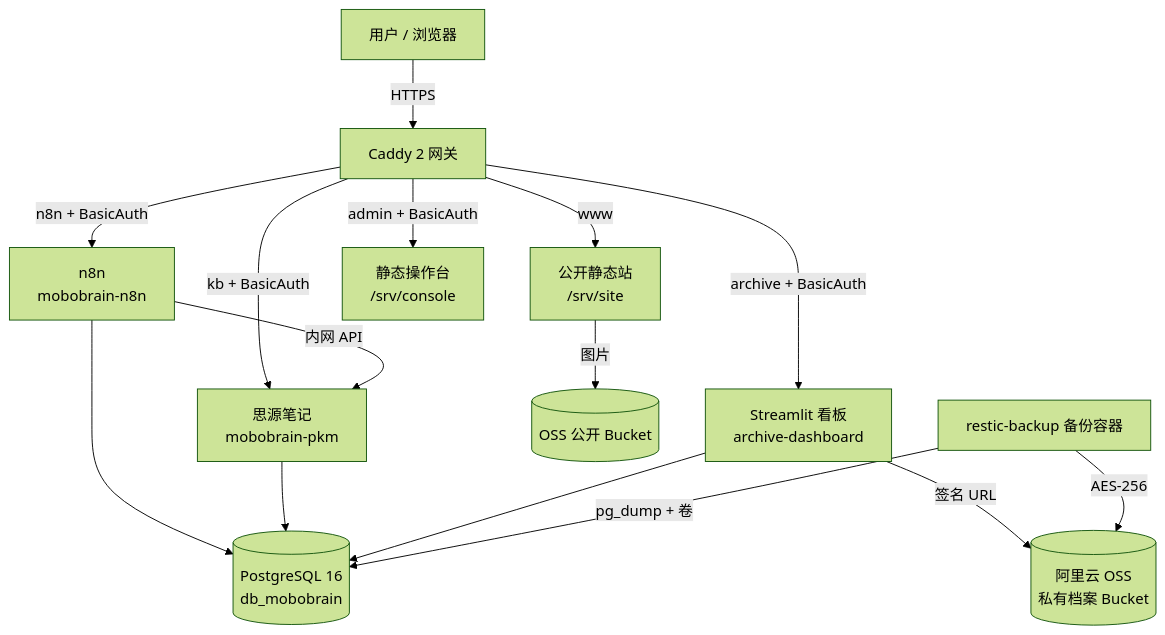
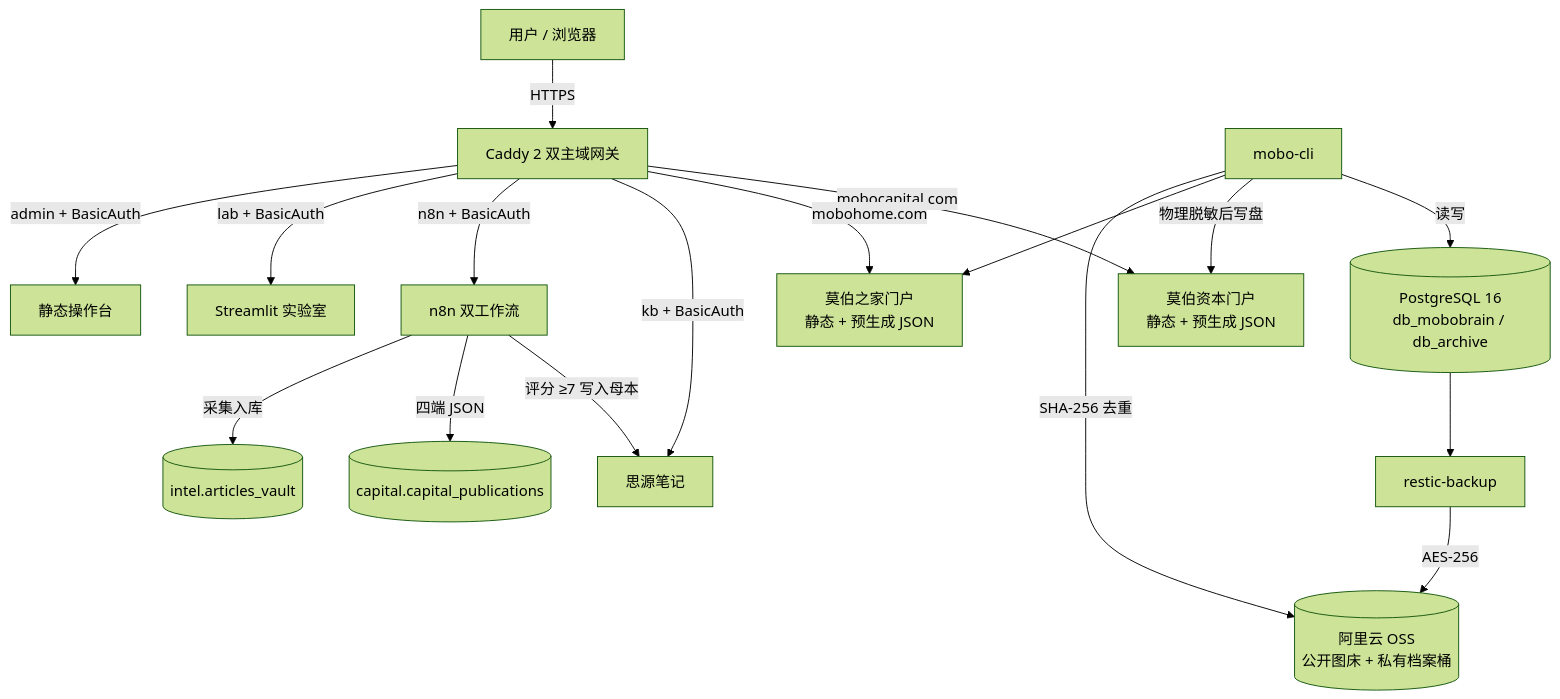
One commit to henrry179/mobo-capital-and-mobo-home changed the diagram in README.md. Above: the diagram before and after it, drawn with Mermaid (forest theme). The commit also changed other lines of this file and 93 other files, not shown here.

````diff
--- a/README.md
+++ b/README.md
@@ -66,19 +72,21 @@
 ```mermaid
 flowchart TB
-    U[用户 / 浏览器] -->|HTTPS| C[Caddy 2 网关]
+    U[用户 / 浏览器] -->|HTTPS| C[Caddy 2 双主域网关]
 
-    C -->|www| PUB[公开静态站<br/>/srv/site]
-    C -->|kb + BasicAuth| SY[思源笔记<br/>mobobrain-pkm]
-    C -->|n8n + BasicAuth| N8N[n8n<br/>mobobrain-n8n]
-    C -->|archive + BasicAuth| DASH[Streamlit 看板<br/>archive-dashboard]
-    C -->|admin + BasicAuth| CON[静态操作台<br/>/srv/console]
+    C -->|mobocapital.com| CAP[莫伯资本门户<br/>静态 + 预生成 JSON]
+    C -->|mobohome.com| HOME[莫伯之家门户<br/>静态 + 预生成 JSON]
+    C -->|kb + BasicAuth| SY[思源笔记]
+    C -->|n8n + BasicAuth| N8N[n8n 双工作流]
+    C -->|lab + BasicAuth| DASH[Streamlit 实验室]
+    C -->|admin + BasicAuth| CON[静态操作台]
 
-    N8N --> PG[(PostgreSQL 16<br/>db_mobobrain)]
-    SY --> PG
-    DASH --> PG
-    N8N -->|内网 API| SY
-    DASH -->|签名 URL| OSS[(阿里云 OSS<br/>私有档案 Bucket)]
-    PUB -->|图片| OSSPUB[(OSS 公开 Bucket)]
-    BK[restic-backup 备份容器] -->|pg_dump + 卷| PG
-    BK -->|AES-256| OSS
+    N8N -->|评分 ≥7 写入母本| SY
+    N8N -->|四端 JSON| CAPDB[(capital.capital_publications)]
+    N8N -->|采集入库| INTL[(intel.articles_vault)]
+
+    CLI[mobo-cli] -->|读写| PG[(PostgreSQL 16<br/>db_mobobrain / db_archive)]
+    CLI -->|物理脱敏后写盘| CAP
+    CLI --> HOME
+    CLI -->|SHA-256 去重| OSS[(阿里云 OSS<br/>公开图床 + 私有档案桶)]
+    PG --> BK[restic-backup] -->|AES-256| OSS
 ```
````
